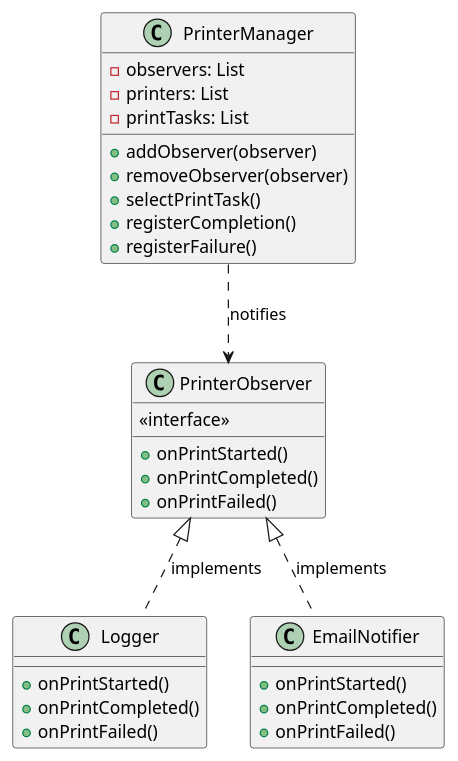
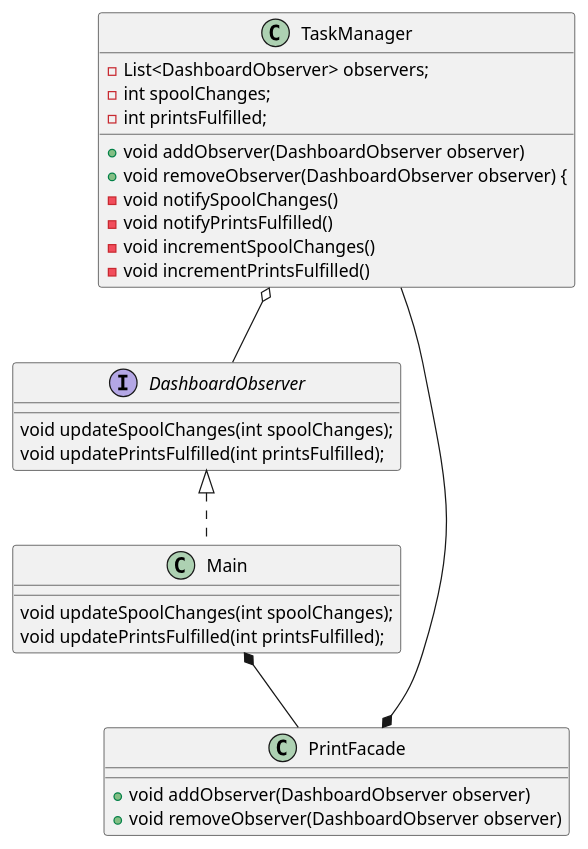
One commit to hann-xq/system-design changed the diagram in src/main/diagrams/ObserverPattern.puml. Above: the diagram before and after it, drawn with PlantUML. The commit also changed 16 other files, not shown here.

Commit message:
added diagrams + more refactoring

```diff
--- a/src/main/diagrams/ObserverPattern.puml
+++ b/src/main/diagrams/ObserverPattern.puml
@@ -1,37 +1,37 @@
 @startuml
 'https://plantuml.com/class-diagram
- class PrinterManager {
-        -observers: List
-        -printers: List
-        -printTasks: List
-        +addObserver(observer)
-        +removeObserver(observer)
-        +selectPrintTask()
-        +registerCompletion()
-        +registerFailure()
-    }
+skinparam {
+}
 
-    class PrinterObserver {
-        <<interface>>
-        +onPrintStarted()
-        +onPrintCompleted()
-        +onPrintFailed()
-    }
+TaskManager o-- DashboardObserver
+Main *-- PrintFacade
+PrintFacade *-- TaskManager
 
-    class Logger {
-        +onPrintStarted()
-        +onPrintCompleted()
-        +onPrintFailed()
-    }
+interface DashboardObserver {
+    void updateSpoolChanges(int spoolChanges);
+    void updatePrintsFulfilled(int printsFulfilled);
+}
 
-    class EmailNotifier {
-        +onPrintStarted()
-        +onPrintCompleted()
-        +onPrintFailed()
-    }
+class TaskManager {
+    - List<DashboardObserver> observers;
+    - int spoolChanges;
+    - int printsFulfilled;
+    + void addObserver(DashboardObserver observer)
+    + void removeObserver(DashboardObserver observer) {
+    - void notifySpoolChanges()
+    - void notifyPrintsFulfilled()
+    - void incrementSpoolChanges()
+    - void incrementPrintsFulfilled()
+}
 
-    PrinterManager ..> PrinterObserver : notifies
-    PrinterObserver <|.. Logger : implements
-    PrinterObserver <|.. EmailNotifier : implements
+class PrintFacade {
+    + void addObserver(DashboardObserver observer)
+    + void removeObserver(DashboardObserver observer)
+}
+
+class Main implements DashboardObserver {
+    void updateSpoolChanges(int spoolChanges);
+    void updatePrintsFulfilled(int printsFulfilled);
+}
 
 @enduml
```
